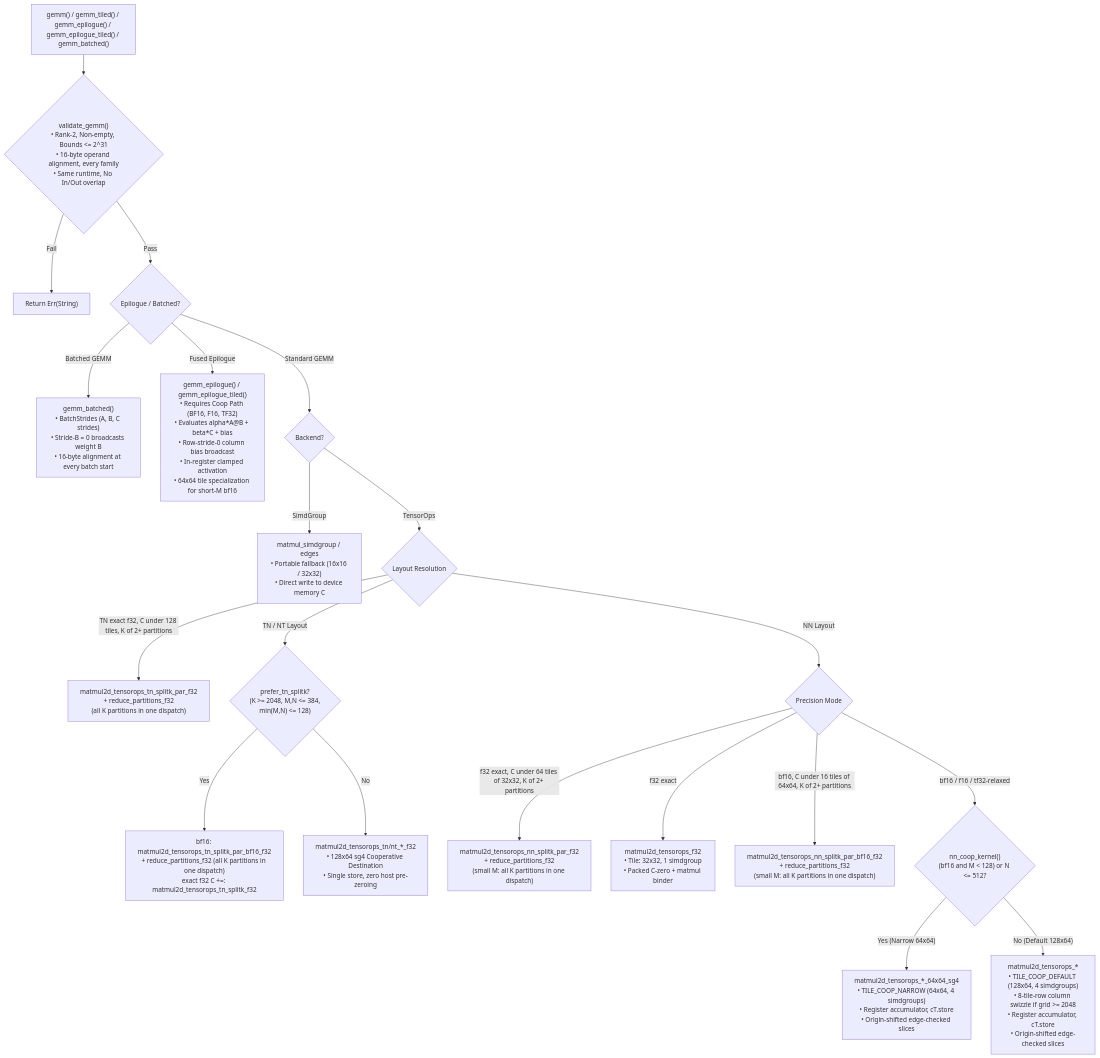
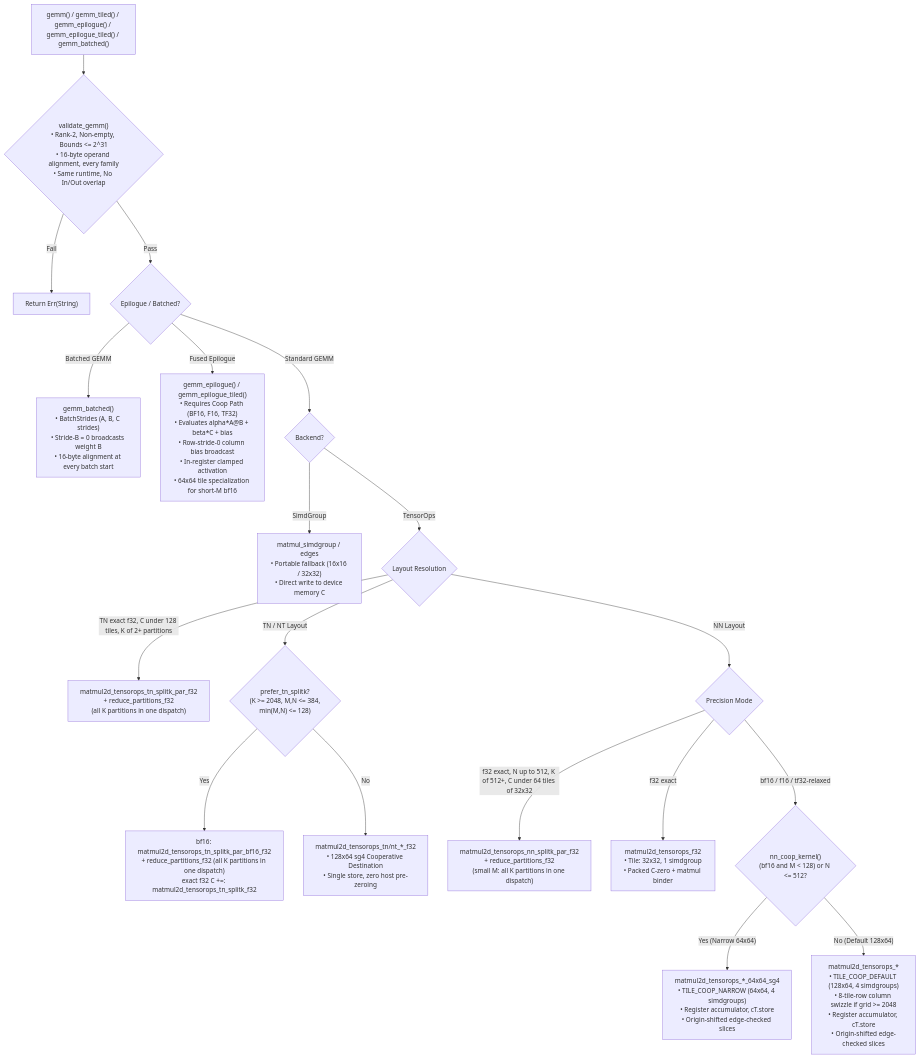
Before and after one commit to bharathvbcr/tessl: the third of 4 diagrams in README.md, drawn with Mermaid. The commit also changed other lines of this file and 17 other files, not shown here.

First line of the commit message:
Narrow the small-M NN lane to exact f32 at N <= 512, K >= 512

````diff
--- a/README.md
+++ b/README.md
@@ -226,30 +226,29 @@
 ```mermaid
 flowchart TD
     Start["gemm() / gemm_tiled() / gemm_epilogue() / gemm_epilogue_tiled() / gemm_batched()"] --> Validate{"validate_gemm()<br/>• Rank-2, Non-empty, Bounds &lt;= 2^31<br/>• 16-byte operand alignment, every family<br/>• Same runtime, No In/Out overlap"}
     Validate -- Fail --> Err["Return Err(String)"]
     Validate -- Pass --> EpilogueCheck{"Epilogue / Batched?"}
 
     EpilogueCheck -- "Batched GEMM" --> BatchedDispatch["gemm_batched()<br/>• BatchStrides (A, B, C strides)<br/>• Stride-B = 0 broadcasts weight B<br/>• 16-byte alignment at every batch start"]
     EpilogueCheck -- "Fused Epilogue" --> EpilogueDispatch["gemm_epilogue() / gemm_epilogue_tiled()<br/>• Requires Coop Path (BF16, F16, TF32)<br/>• Evaluates alpha*A@B + beta*C + bias<br/>• Row-stride-0 column bias broadcast<br/>• In-register clamped activation<br/>• 64x64 tile specialization for short-M bf16"]
     EpilogueCheck -- "Standard GEMM" --> BackendCheck{"Backend?"}
 
     BackendCheck -- SimdGroup --> SimdGroupKernel["matmul_simdgroup / edges<br/>• Portable fallback (16x16 / 32x32)<br/>• Direct write to device memory C"]
     BackendCheck -- TensorOps --> LayoutCheck{"Layout Resolution"}
 
     LayoutCheck -- "TN exact f32, C under 128 tiles, K of 2+ partitions" --> ParTN["matmul2d_tensorops_tn_splitk_par_f32<br/>+ reduce_partitions_f32<br/>(all K partitions in one dispatch)"]
     LayoutCheck -- "TN / NT Layout" --> SplitKCheck{"prefer_tn_splitk?<br/>(K &gt;= 2048, M,N &lt;= 384,<br/>min(M,N) &lt;= 128)"}
     SplitKCheck -- Yes --> SplitKKernel["bf16: matmul2d_tensorops_tn_splitk_par_bf16_f32<br/>+ reduce_partitions_f32 (all K partitions in one dispatch)<br/>exact f32 C +=: matmul2d_tensorops_tn_splitk_f32"]
     SplitKCheck -- No --> CoopTN["matmul2d_tensorops_tn/nt_*_f32<br/>• 128x64 sg4 Cooperative Destination<br/>• Single store, zero host pre-zeroing"]
 
     LayoutCheck -- "NN Layout" --> PrecisionCheck{"Precision Mode"}
     
-    PrecisionCheck -- "f32 exact, C under 64 tiles of 32x32, K of 2+ partitions" --> ParNN["matmul2d_tensorops_nn_splitk_par_f32<br/>+ reduce_partitions_f32<br/>(small M: all K partitions in one dispatch)"]
+    PrecisionCheck -- "f32 exact, N up to 512, K of 512+, C under 64 tiles of 32x32" --> ParNN["matmul2d_tensorops_nn_splitk_par_f32<br/>+ reduce_partitions_f32<br/>(small M: all K partitions in one dispatch)"]
     PrecisionCheck -- "f32 exact" --> F32Exact["matmul2d_tensorops_f32<br/>• Tile: 32x32, 1 simdgroup<br/>• Packed C-zero + matmul binder"]
     
-    PrecisionCheck -- "bf16, C under 16 tiles of 64x64, K of 2+ partitions" --> ParNNBf16["matmul2d_tensorops_nn_splitk_par_bf16_f32<br/>+ reduce_partitions_f32<br/>(small M: all K partitions in one dispatch)"]
     PrecisionCheck -- "bf16 / f16 / tf32-relaxed" --> NNTable{"nn_coop_kernel()<br/>(bf16 and M &lt; 128) or N &lt;= 512?"}
     
     NNTable -- "Yes (Narrow 64x64)" --> NNNarrow["matmul2d_tensorops_*_64x64_sg4<br/>• TILE_COOP_NARROW (64x64, 4 simdgroups)<br/>• Register accumulator, cT.store<br/>• Origin-shifted edge-checked slices"]
     
     NNTable -- "No (Default 128x64)" --> NNDefault["matmul2d_tensorops_*<br/>• TILE_COOP_DEFAULT (128x64, 4 simdgroups)<br/>• 8-tile-row column swizzle if grid &gt;= 2048<br/>• Register accumulator, cT.store<br/>• Origin-shifted edge-checked slices"]
 ```
````
